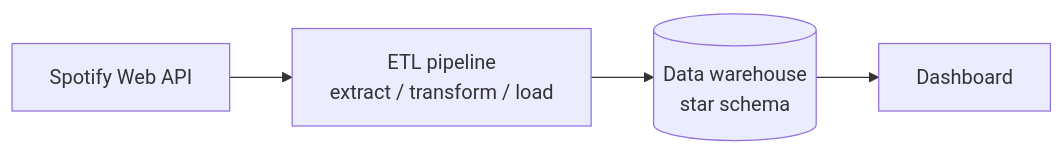
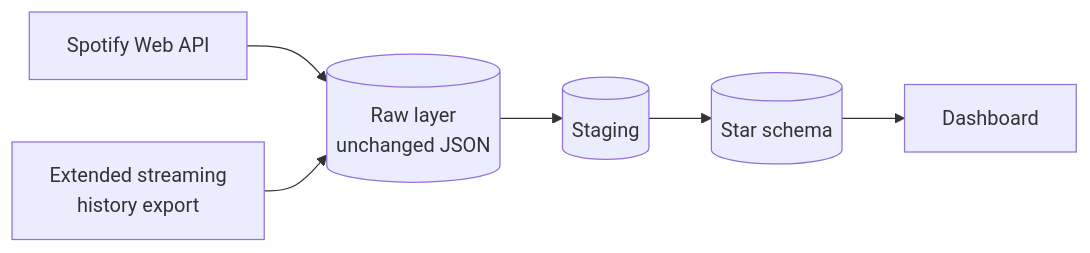
Before and after one commit to FelixSchramm/spotify-analytics: the first of 2 diagrams in README.md, drawn with Mermaid. The commit also changed other lines of this file, not shown here.

First line of the commit message:
docs: align README with current Spotify API constraints

````diff
--- a/README.md
+++ b/README.md
@@ -32,6 +59,8 @@
 ```mermaid
 flowchart LR
-    A[Spotify Web API] --> B[ETL pipeline<br/>extract / transform / load]
-    B --> C[(Data warehouse<br/>star schema)]
-    C --> D[Dashboard]
+    A[Spotify Web API] --> C[(Raw layer<br/>unchanged JSON)]
+    B[Extended streaming<br/>history export] --> C
+    C --> D[(Staging)]
+    D --> E[(Star schema)]
+    E --> F[Dashboard]
 ```
````
